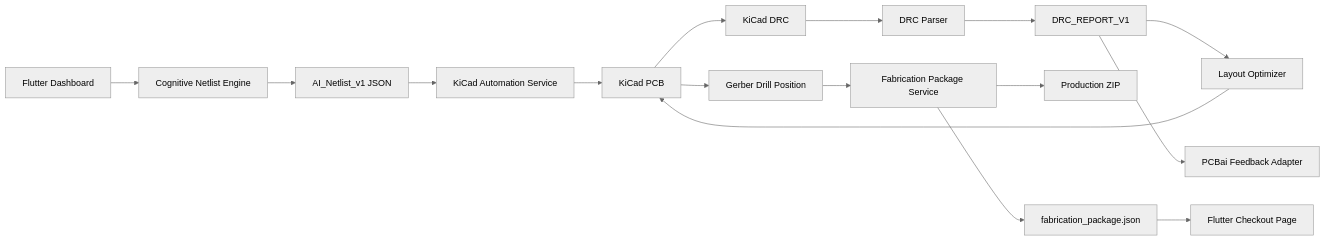
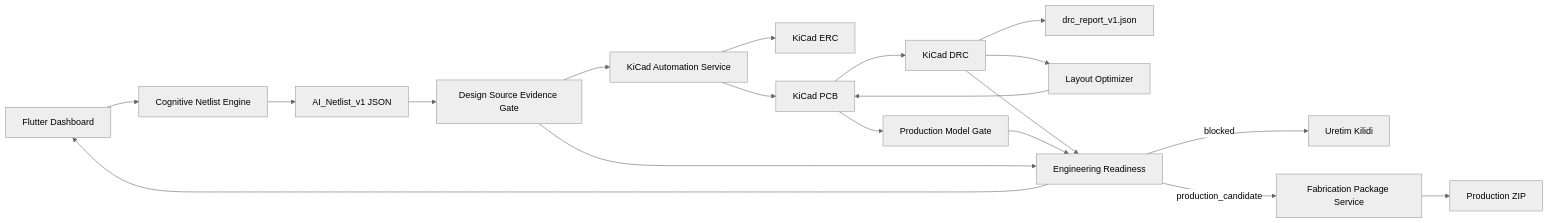
The diagram in Barainmypcb/02 - Mimari ve Veri Akışı.md (Takingo/Mypcb35), drawn with Mermaid (neutral theme) before and after one commit. The commit also changed other lines of this file and 298 other files, not shown here.

First line of the commit message:
Fix PCBA manufacturing export: Unicode error + asset file sync

````diff
--- a/Barainmypcb/02 - Mimari ve Veri Akışı.md
+++ b/Barainmypcb/02 - Mimari ve Veri Akışı.md
@@ -14,18 +19,21 @@
 ```mermaid
 graph LR
     UI[Flutter Dashboard] --> COG[Cognitive Netlist Engine]
     COG --> NET[AI_Netlist_v1 JSON]
-    NET --> KICAD[KiCad Automation Service]
+    NET --> SOURCE[Design Source Evidence Gate]
+    SOURCE --> KICAD[KiCad Automation Service]
+    KICAD --> ERC[KiCad ERC]
     KICAD --> PCB[KiCad PCB]
     PCB --> DRC[KiCad DRC]
-    DRC --> PARSER[DRC Parser]
-    PARSER --> REPORT[DRC_REPORT_V1]
-    REPORT --> OPT[Layout Optimizer]
+    DRC --> ASSET[drc_report_v1.json]
+    DRC --> OPT[Layout Optimizer]
     OPT --> PCB
-    REPORT --> PCBAI[PCBai Feedback Adapter]
-    PCB --> EXPORT[Gerber Drill Position]
-    EXPORT --> FAB[Fabrication Package Service]
+    PCB --> MODEL[Production Model Gate]
+    DRC --> AUDIT[Engineering Readiness]
+    MODEL --> AUDIT
+    SOURCE --> AUDIT
+    AUDIT --> UI
+    AUDIT -->|blocked| LOCK[Uretim Kilidi]
+    AUDIT -->|production_candidate| FAB[Fabrication Package Service]
     FAB --> ZIP[Production ZIP]
-    FAB --> ASSET[fabrication_package.json]
-    ASSET --> CHECKOUT[Flutter Checkout Page]
 ```
````
